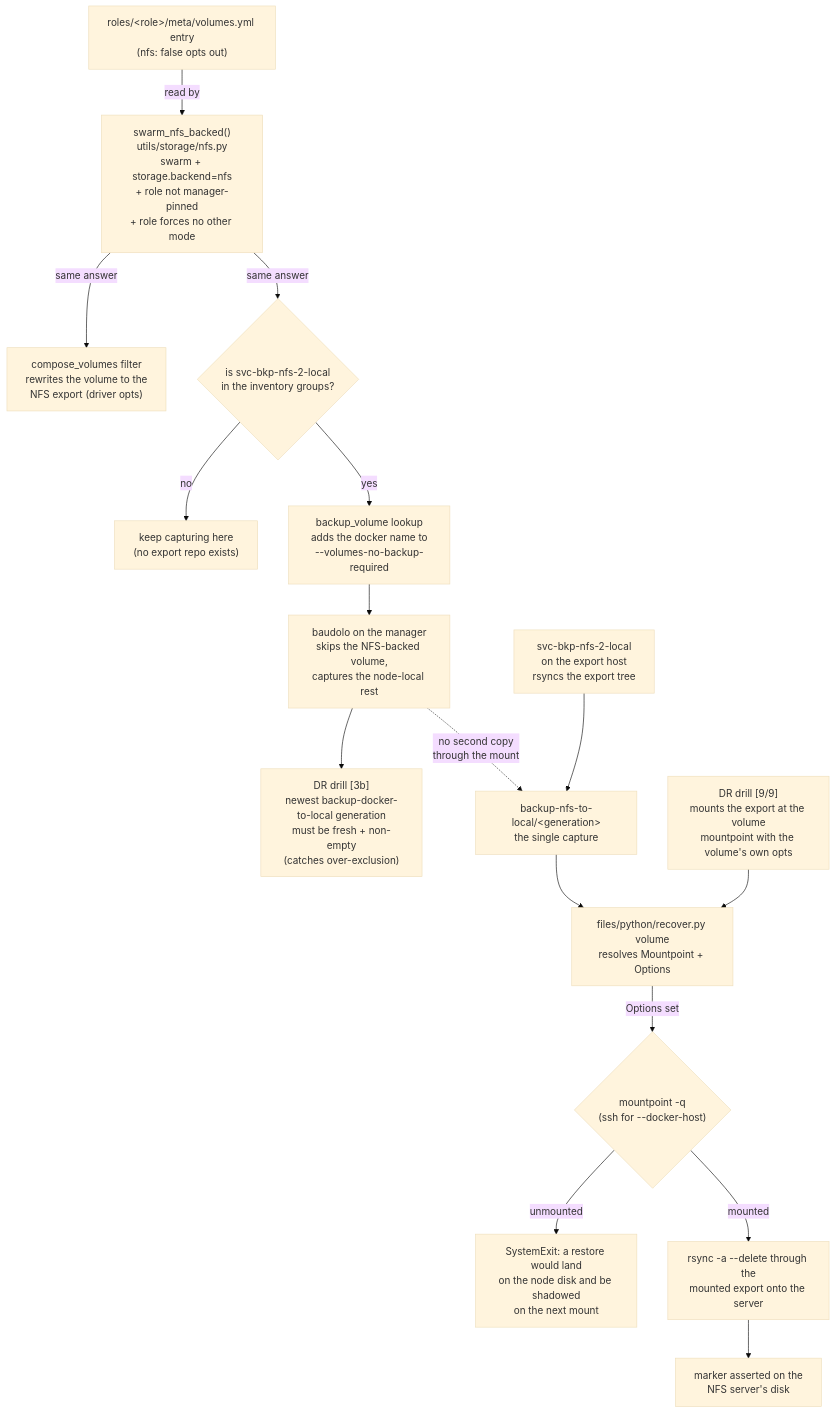
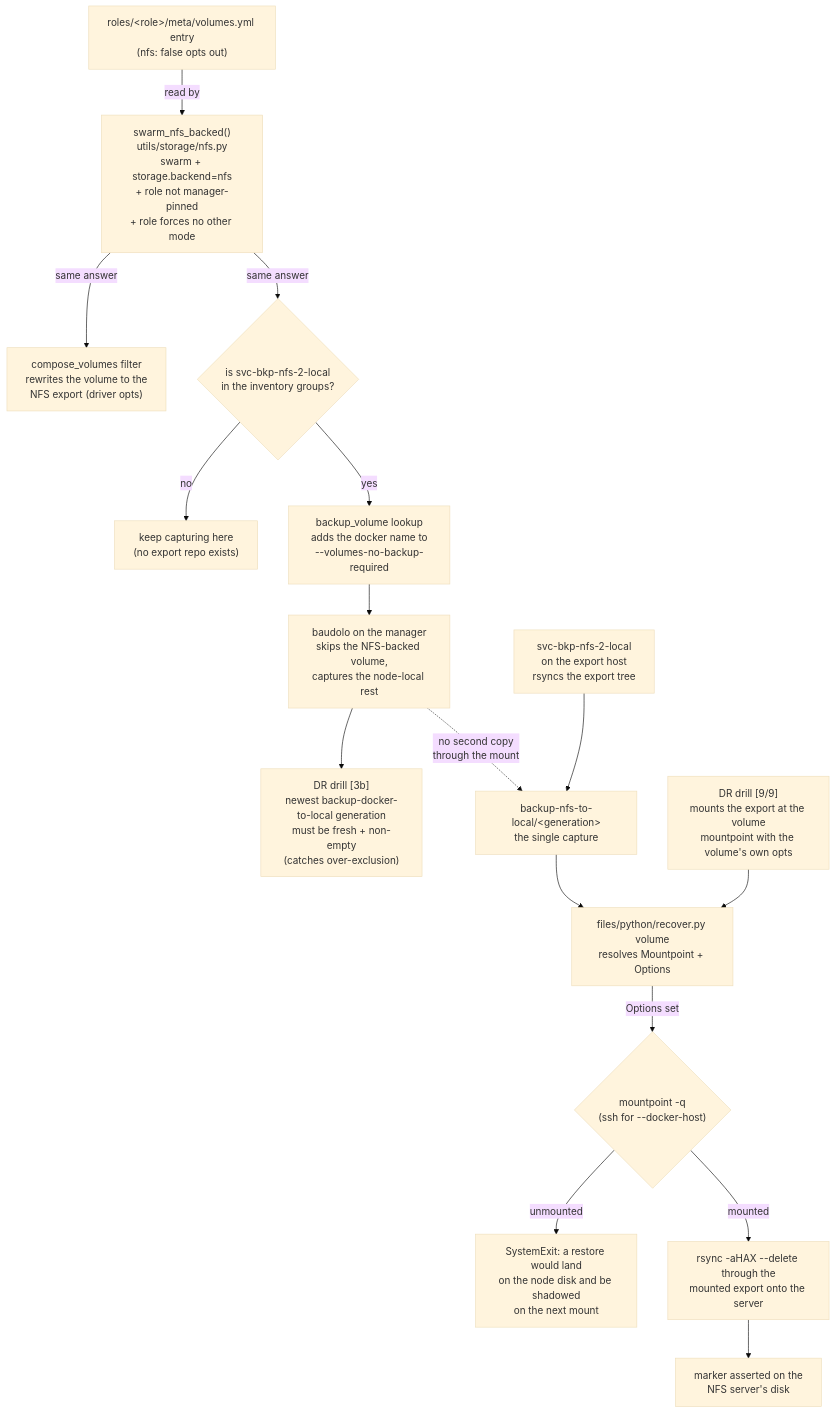
Before and after one commit to AlejandroRomanIbanez/infinito-nexus: the second of 4 diagrams in roles/svc-bkp-volume-2-local/README.md, drawn with Mermaid (base theme). The commit also changed other lines of this file and 16 other files, not shown here.

````diff
--- a/roles/svc-bkp-volume-2-local/README.md
+++ b/roles/svc-bkp-volume-2-local/README.md
@@ -67,18 +67,18 @@
 ```mermaid
 flowchart TD
     META["roles/&lt;role&gt;/meta/volumes.yml entry<br>(nfs: false opts out)"] -->|read by| SPOT["swarm_nfs_backed()<br>utils/storage/nfs.py<br>swarm + storage.backend=nfs<br>+ role not manager-pinned<br>+ role forces no other mode"]
     SPOT -->|same answer| COMPOSE["compose_volumes filter<br>rewrites the volume to the<br>NFS export (driver opts)"]
     SPOT -->|same answer| GATE{"is svc-bkp-nfs-2-local<br>in the inventory groups?"}
     GATE -->|no| KEEP["keep capturing here<br>(no export repo exists)"]
     GATE -->|yes| LOOKUP["backup_volume lookup<br>adds the docker name to<br>--volumes-no-backup-required"]
     LOOKUP --> BAUDOLO["baudolo on the manager<br>skips the NFS-backed volume,<br>captures the node-local rest"]
     BAUDOLO --> CHECK3B["DR drill [3b]<br>newest backup-docker-to-local generation<br>must be fresh + non-empty<br>(catches over-exclusion)"]
     EXPORT["svc-bkp-nfs-2-local<br>on the export host<br>rsyncs the export tree"] --> TREE["backup-nfs-to-local/&lt;generation&gt;<br>the single capture"]
     BAUDOLO -.->|"no second copy<br>through the mount"| TREE
     TREE --> RECOVER["files/python/recover.py volume<br>resolves Mountpoint + Options"]
     RECOVER -->|"Options set"| PROBE{"mountpoint -q<br>(ssh for --docker-host)"}
     PROBE -->|unmounted| REFUSE["SystemExit: a restore would land<br>on the node disk and be shadowed<br>on the next mount"]
-    PROBE -->|mounted| RSYNC["rsync -a --delete through the<br>mounted export onto the server"]
+    PROBE -->|mounted| RSYNC["rsync -aHAX --delete through the<br>mounted export onto the server"]
     DRILL["DR drill [9/9]<br>mounts the export at the volume<br>mountpoint with the volume's own opts"] --> RECOVER
     RSYNC --> VERIFY["marker asserted on the<br>NFS server's disk"]
 ```
````
